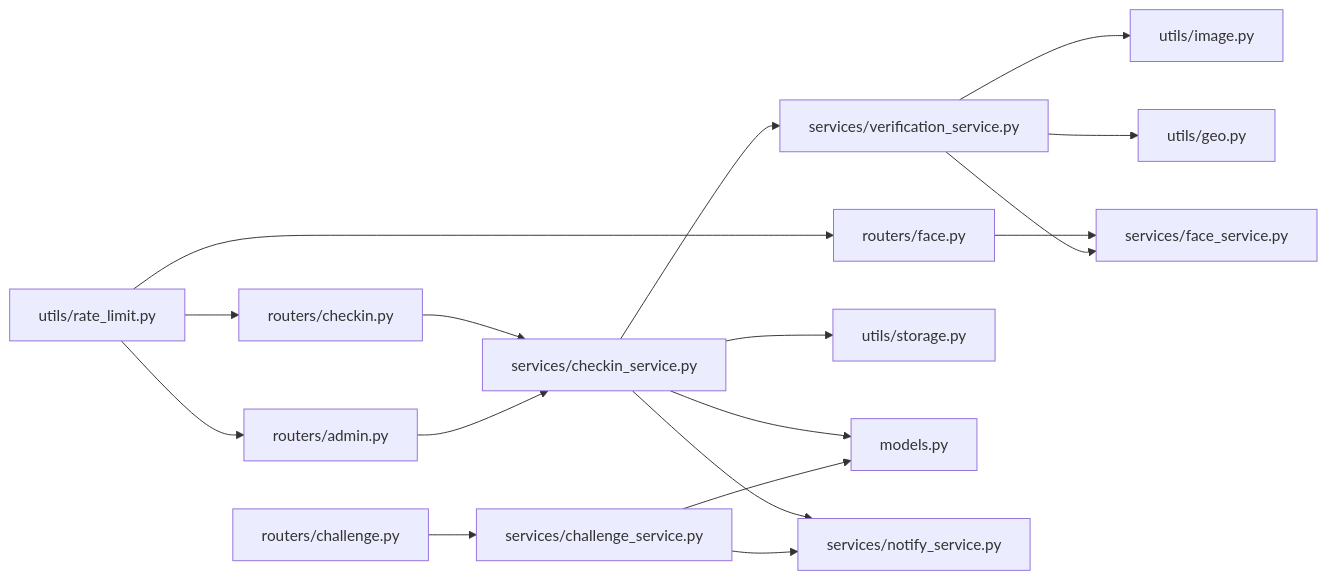
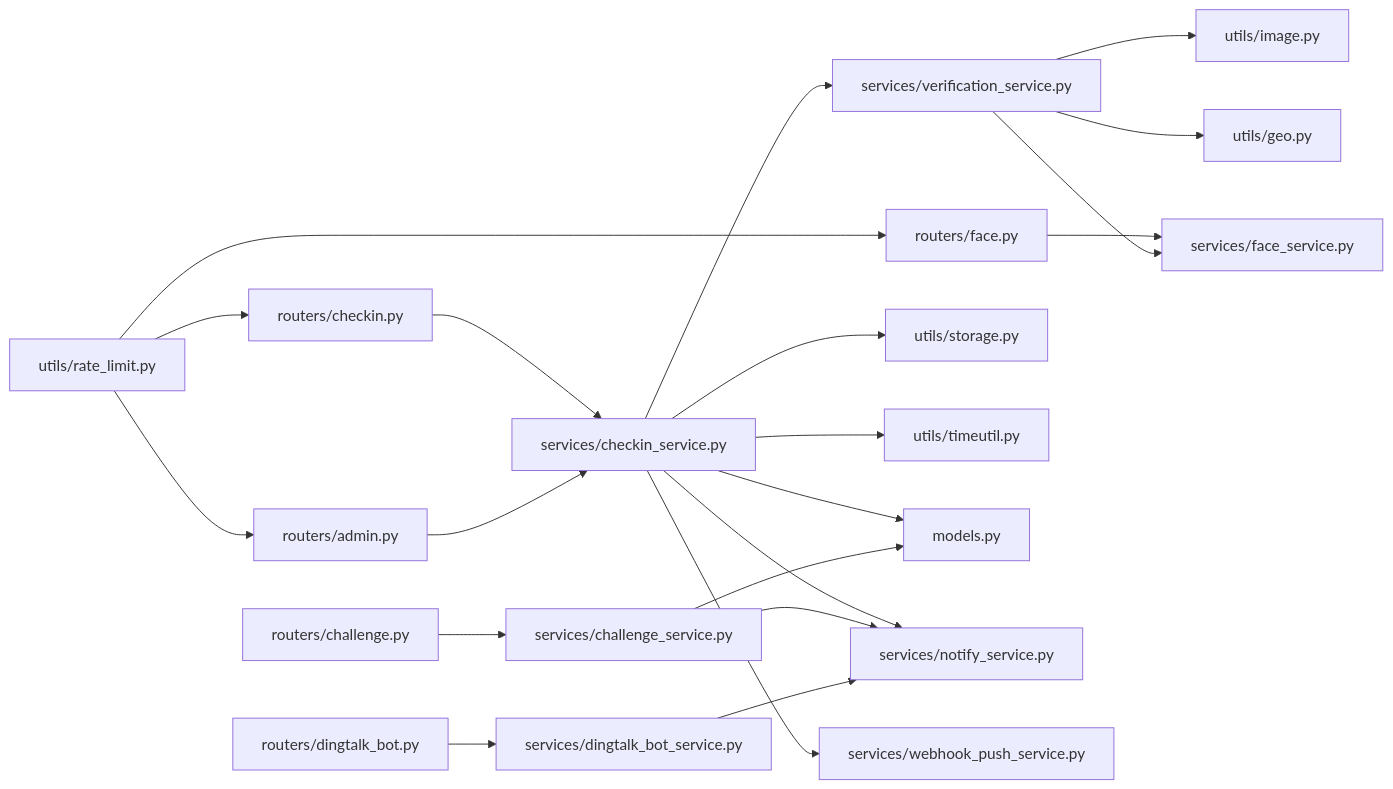
Diagram 12 of 12 in .qoder/repowiki/zh/content/暑假作业打卡系统/核心业务功能/打卡管理系统.md (onebody/homework), drawn with Mermaid before and after one commit. The commit also changed other lines of this file and 16 other files, not shown here.

````diff
--- a/.qoder/repowiki/zh/content/暑假作业打卡系统/核心业务功能/打卡管理系统.md
+++ b/.qoder/repowiki/zh/content/暑假作业打卡系统/核心业务功能/打卡管理系统.md
@@ -501,19 +622,23 @@
 ```mermaid
 graph LR
 R_Checkin["routers/checkin.py"] --> S_Checkin["services/checkin_service.py"]
 R_Admin["routers/admin.py"] --> S_Checkin
 R_Face["routers/face.py"] --> S_Face["services/face_service.py"]
 R_Challenge["routers/challenge.py"] --> S_Challenge["services/challenge_service.py"]
+R_DingTalk["routers/dingtalk_bot.py"] --> S_DingTalk["services/dingtalk_bot_service.py"]
 S_Checkin --> V_Svc["services/verification_service.py"]
 V_Svc --> U_Image["utils/image.py"]
 V_Svc --> U_Geo["utils/geo.py"]
 V_Svc --> S_Face
 S_Checkin --> U_Store["utils/storage.py"]
+S_Checkin --> U_Time["utils/timeutil.py"]
 S_Checkin --> Models["models.py"]
 S_Checkin --> Notify["services/notify_service.py"]
+S_Checkin --> PushSvc["services/webhook_push_service.py"]
 S_Challenge --> Models
 S_Challenge --> Notify
+S_DingTalk --> Notify
 U_RateLimit["utils/rate_limit.py"] --> R_Checkin
 U_RateLimit --> R_Face
 U_RateLimit --> R_Admin
 ```
````
